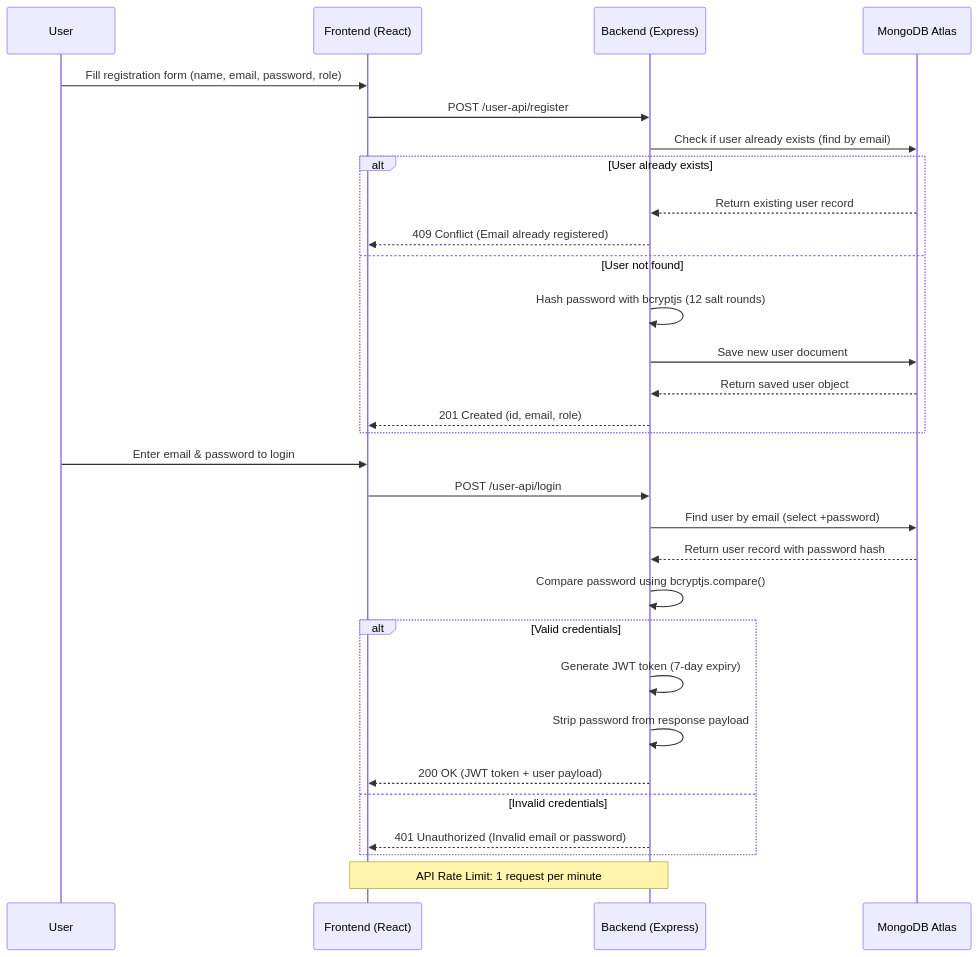
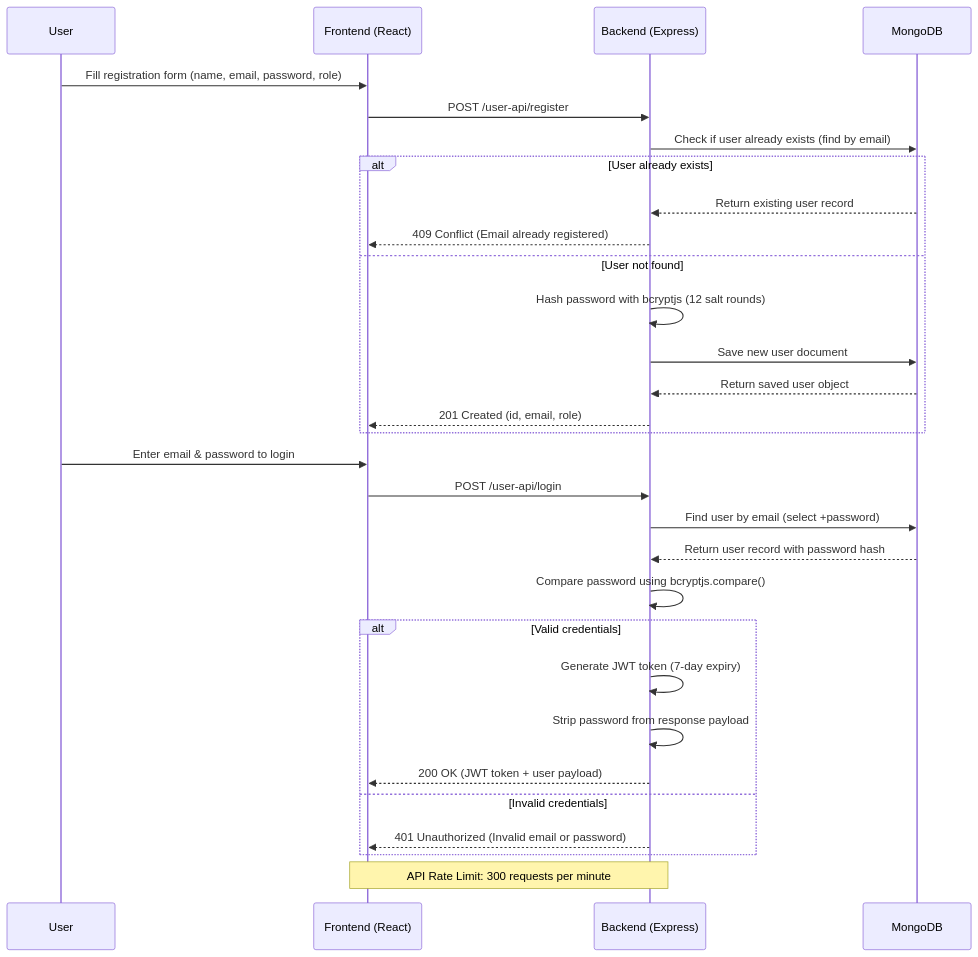
The third of 11 diagrams in README.md (Adityamurthy775/CampusFlow), drawn with Mermaid before and after one commit. The commit also changed other lines of this file and 24 other files, not shown here.

````diff
--- a/README.md
+++ b/README.md
@@ -159,35 +213,35 @@
 ```mermaid
 sequenceDiagram
     participant User as User
     participant Frontend as Frontend (React)
     participant Backend as Backend (Express)
-    participant Database as MongoDB Atlas
+    participant Database as MongoDB
 
     User->>Frontend: Fill registration form (name, email, password, role)
     Frontend->>Backend: POST /user-api/register
     Backend->>Database: Check if user already exists (find by email)
     alt User already exists
         Database-->>Backend: Return existing user record
         Backend-->>Frontend: 409 Conflict (Email already registered)
     else User not found
         Backend->>Backend: Hash password with bcryptjs (12 salt rounds)
         Backend->>Database: Save new user document
         Database-->>Backend: Return saved user object
         Backend-->>Frontend: 201 Created (id, email, role)
     end
 
     User->>Frontend: Enter email & password to login
     Frontend->>Backend: POST /user-api/login
     Backend->>Database: Find user by email (select +password)
     Database-->>Backend: Return user record with password hash
     Backend->>Backend: Compare password using bcryptjs.compare()
     alt Valid credentials
         Backend->>Backend: Generate JWT token (7-day expiry)
         Backend->>Backend: Strip password from response payload
         Backend-->>Frontend: 200 OK (JWT token + user payload)
     else Invalid credentials
         Backend-->>Frontend: 401 Unauthorized (Invalid email or password)
     end
 
-    Note over Frontend,Backend: API Rate Limit: 1 request per minute
+    Note over Frontend,Backend: API Rate Limit: 300 requests per minute
 ```
````
